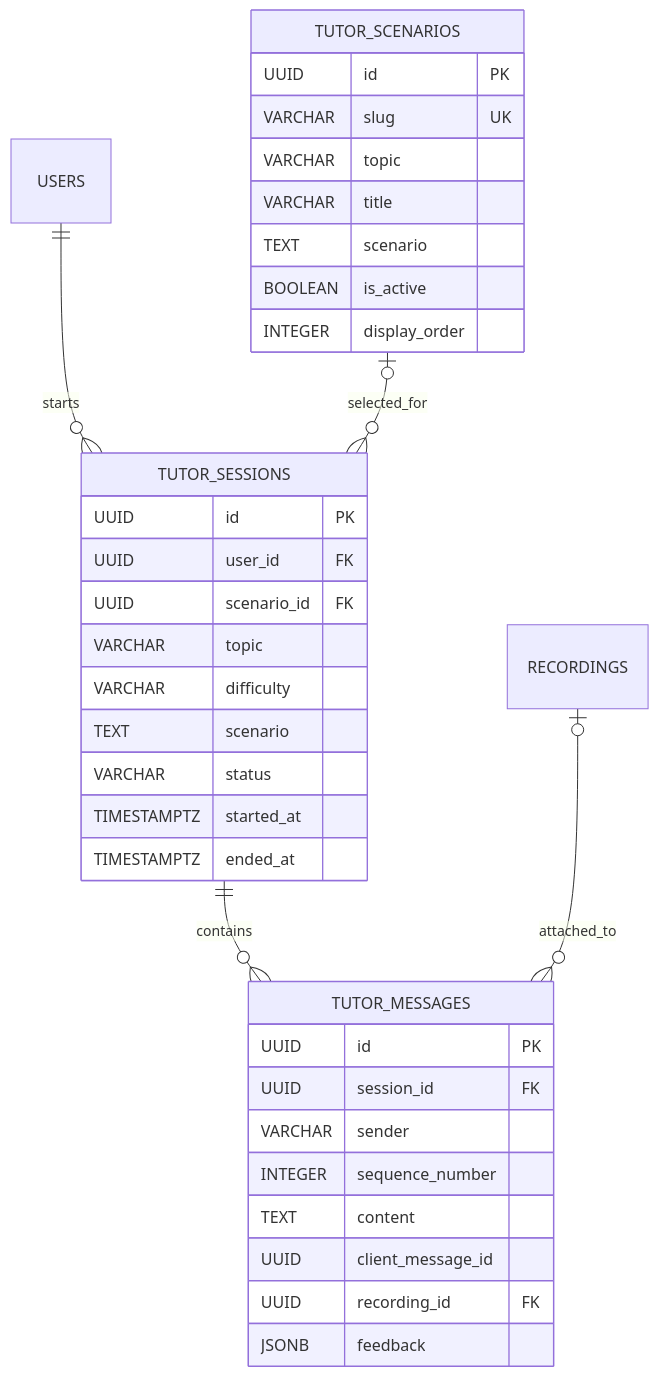
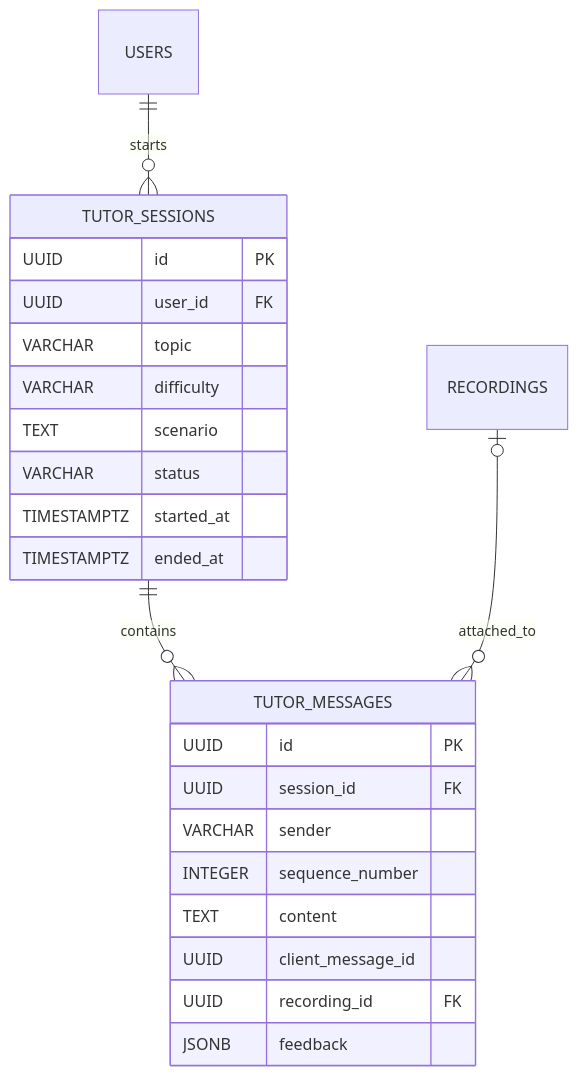
The fifth of 6 diagrams in docs/05-database.md (mrthinh307/kaiwa-up), drawn with Mermaid before and after one commit. The commit also changed other lines of this file and 6 other files, not shown here.

Commit message:
docs(tutor): align Phase 2 with free-form flow

````diff
--- a/docs/05-database.md
+++ b/docs/05-database.md
@@ -183,37 +183,26 @@
 ```mermaid
 erDiagram
     USERS ||--o{ TUTOR_SESSIONS : starts
-    TUTOR_SCENARIOS o|--o{ TUTOR_SESSIONS : selected_for
     TUTOR_SESSIONS ||--o{ TUTOR_MESSAGES : contains
     RECORDINGS o|--o{ TUTOR_MESSAGES : attached_to
-    TUTOR_SCENARIOS {
-        UUID id PK
-        VARCHAR slug UK
-        VARCHAR topic
-        VARCHAR title
-        TEXT scenario
-        BOOLEAN is_active
-        INTEGER display_order
-    }
     TUTOR_SESSIONS {
         UUID id PK
         UUID user_id FK
-        UUID scenario_id FK
         VARCHAR topic
         VARCHAR difficulty
         TEXT scenario
         VARCHAR status
         TIMESTAMPTZ started_at
         TIMESTAMPTZ ended_at
     }
     TUTOR_MESSAGES {
         UUID id PK
         UUID session_id FK
         VARCHAR sender
         INTEGER sequence_number
         TEXT content
         UUID client_message_id
         UUID recording_id FK
         JSONB feedback
     }
 ```
````
